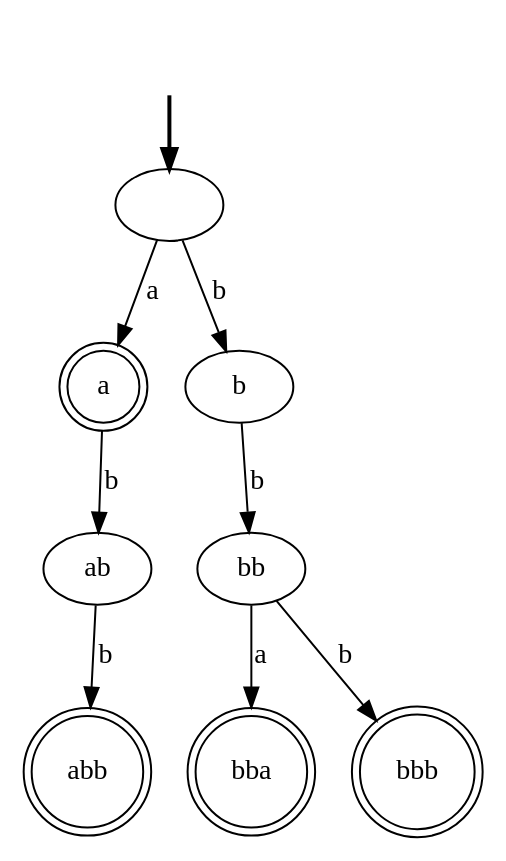
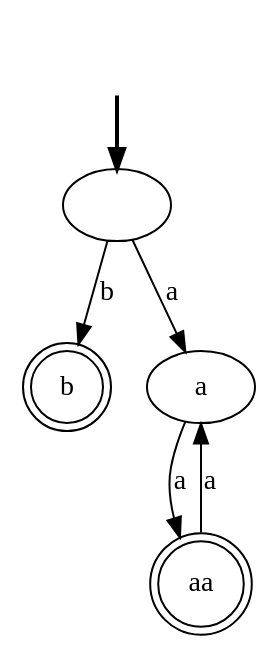
The diagram in dfa.dot (kimzheng7/RPNI), drawn with Graphviz before and after one commit. The commit also changed 3 other files, not shown here.

```diff
--- a/dfa.dot
+++ b/dfa.dot
@@ -1,19 +1,12 @@
 digraph {
 	fake [style=invisible]
 	"" [root=true]
-	a [shape=doublecircle]
-	bb
-	ab
-	abb [shape=doublecircle]
-	b
-	bba [shape=doublecircle]
-	bbb [shape=doublecircle]
+	aa [shape=doublecircle]
+	b [shape=doublecircle]
+	a
 	fake -> "" [style=bold]
+	"" -> b [label=b]
 	"" -> a [label=a]
-	a -> ab [label=b]
-	ab -> abb [label=b]
-	"" -> b [label=b]
-	b -> bb [label=b]
-	bb -> bba [label=a]
-	bb -> bbb [label=b]
+	a -> aa [label=a]
+	aa -> a [label=a]
 }
```
